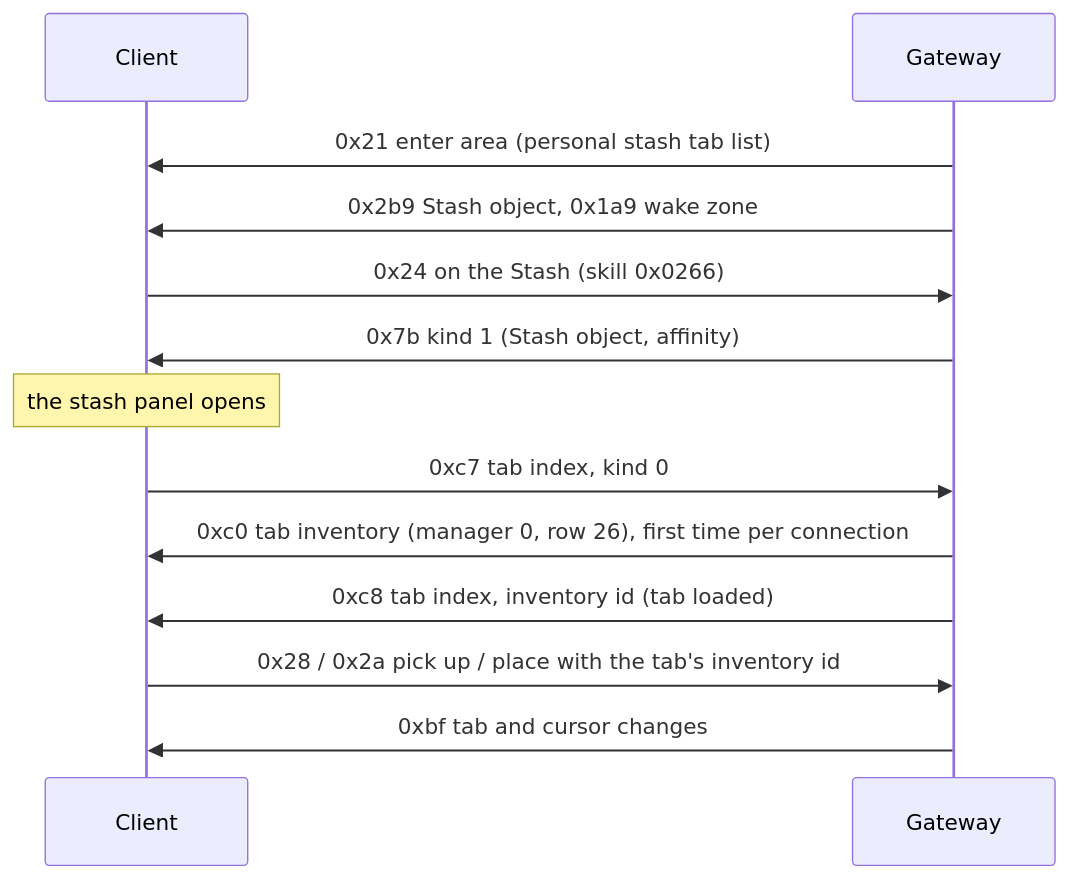
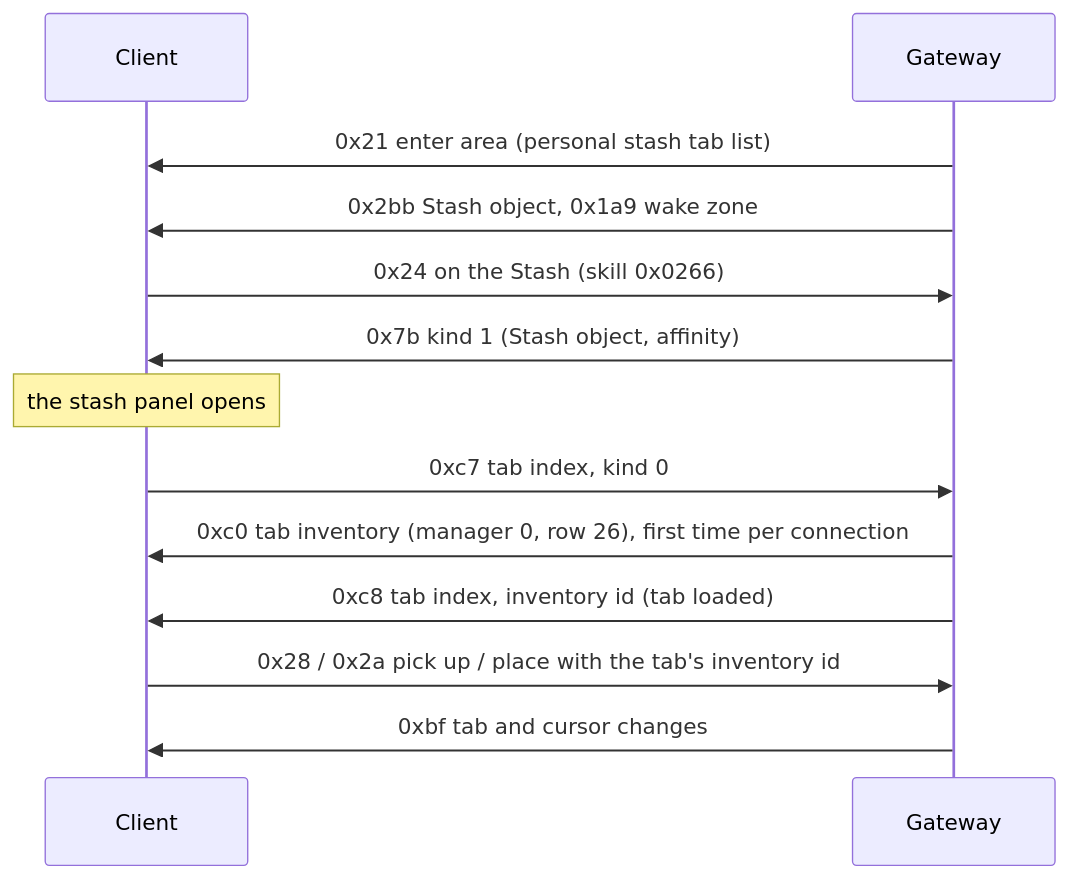
The diagram in Agents/docs/protocol/18-stash.md (LocalExile/LocalExile), drawn with Mermaid before and after one commit. The commit also changed 135 other files, not shown here.

````diff
--- a/Agents/docs/protocol/18-stash.md
+++ b/Agents/docs/protocol/18-stash.md
@@ -9,15 +9,15 @@
 ```mermaid
 sequenceDiagram
     participant C as Client
     participant G as Gateway
     G->>C: 0x21 enter area (personal stash tab list)
-    G->>C: 0x2b9 Stash object, 0x1a9 wake zone
+    G->>C: 0x2bb Stash object, 0x1a9 wake zone
     C->>G: 0x24 on the Stash (skill 0x0266)
     G->>C: 0x7b kind 1 (Stash object, affinity)
     Note over C: the stash panel opens
     C->>G: 0xc7 tab index, kind 0
     G->>C: 0xc0 tab inventory (manager 0, row 26), first time per connection
     G->>C: 0xc8 tab index, inventory id (tab loaded)
     C->>G: 0x28 / 0x2a pick up / place with the tab's inventory id
     G->>C: 0xbf tab and cursor changes
 ```
````
